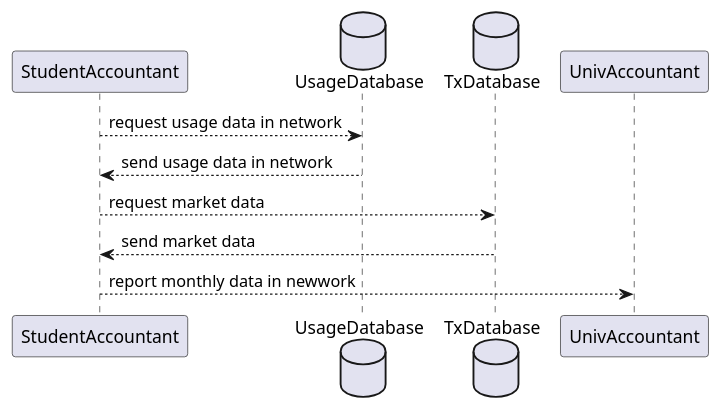
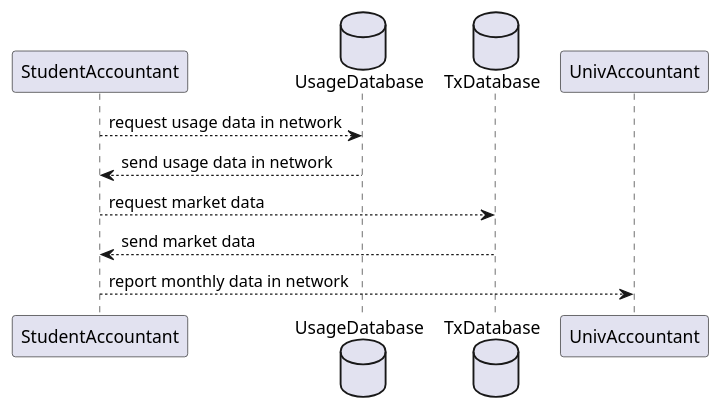
Before and after one commit to KyotoUniv-SIC/electoric-power-exchange: the diagram in Seq09_MonthEndAccounting.plantuml, drawn with PlantUML. The commit also changed 6 other files, not shown here.

```diff
--- a/Seq09_MonthEndAccounting.plantuml
+++ b/Seq09_MonthEndAccounting.plantuml
@@ -1,12 +1,12 @@
 @startuml sequence
 participant StudentAccountant as sa
 database UsageDatabase as db1
 database TxDatabase as db2
 participant UnivAccountant as ua
 
 sa --> db1 : request usage data in network
 sa <-- db1 : send usage data in network
 sa --> db2 : request market data
 sa <-- db2 : send market data
-sa --> ua : report monthly data in newwork
+sa --> ua : report monthly data in network
 @enduml
```
